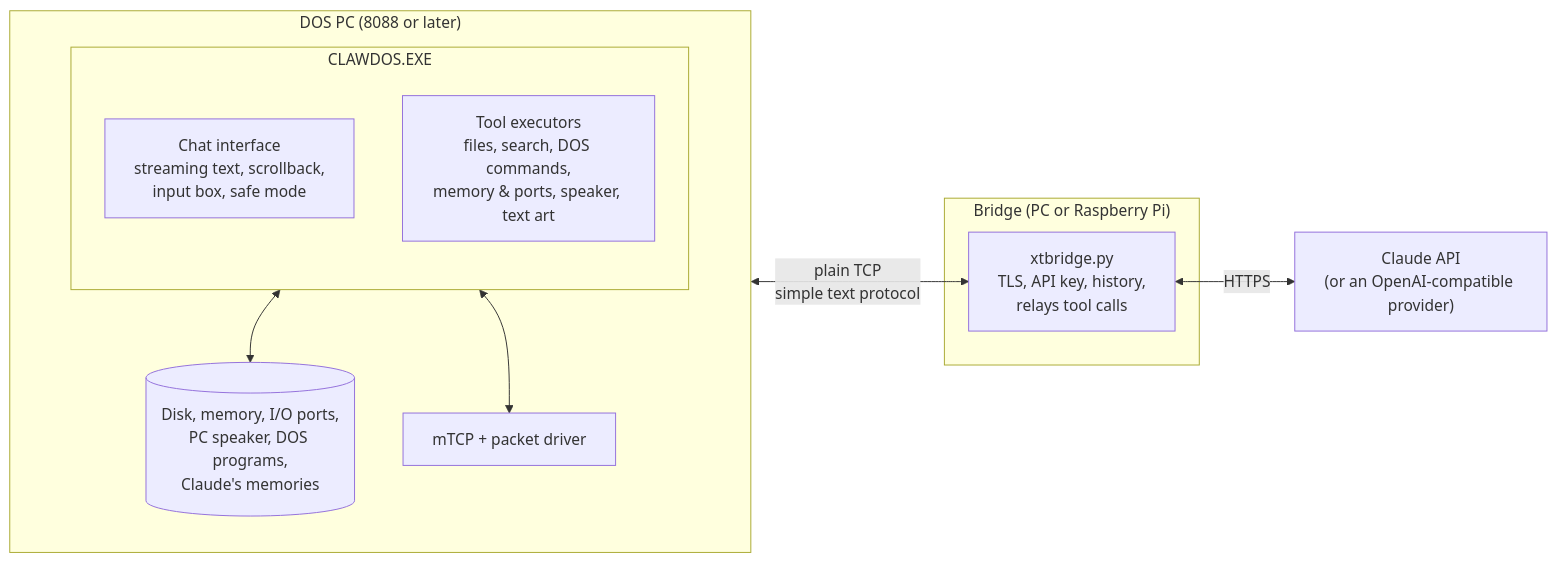
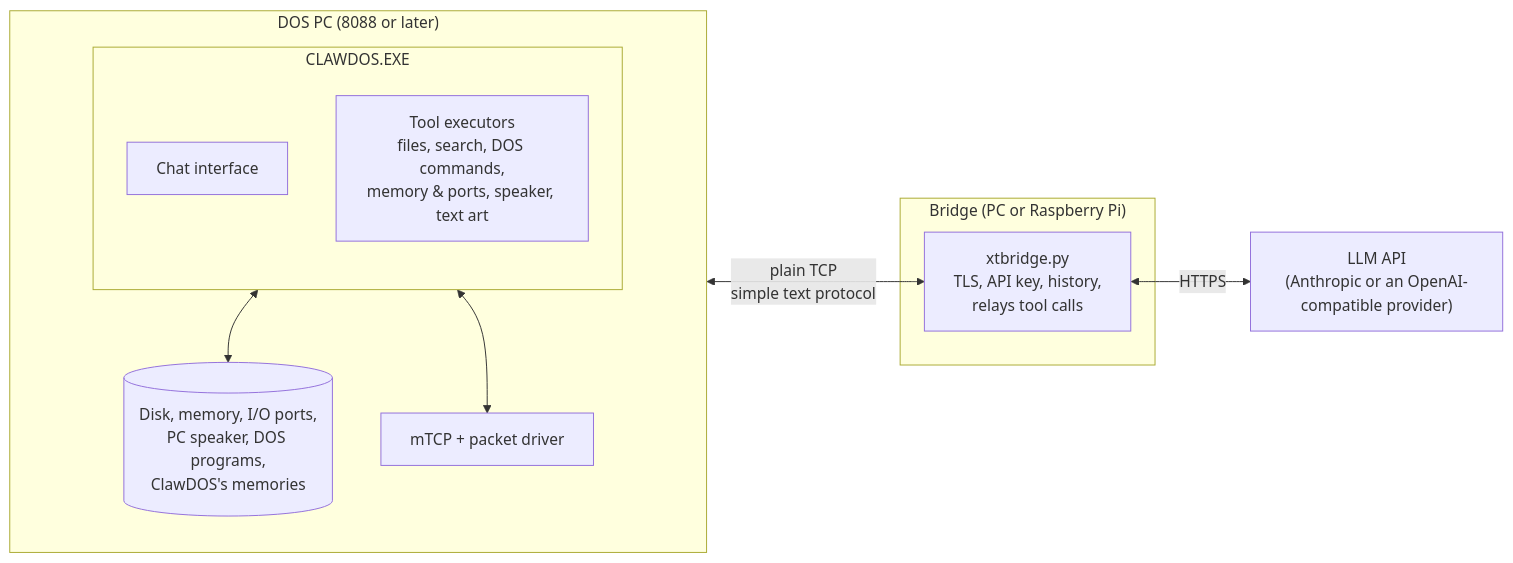
The diagram in README.md (Ricapar/ClawDOS), drawn with Mermaid before and after one commit. The commit also changed other lines of this file, not shown here.

````diff
--- a/README.md
+++ b/README.md
@@ -84,24 +81,24 @@
 ```mermaid
 flowchart LR
     subgraph DOS["DOS PC (8088 or later)"]
         direction TB
         subgraph APP["CLAWDOS.EXE"]
             direction TB
-            UI["Chat interface<br/>streaming text, scrollback,<br/>input box, safe mode"]
+            UI["Chat interface"]
             TOOLS["Tool executors<br/>files, search, DOS commands,<br/>memory &amp; ports, speaker, text art"]
         end
-        SYS[("Disk, memory, I/O ports,<br/>PC speaker, DOS programs,<br/>Claude's memories")]
+        SYS[("Disk, memory, I/O ports,<br/>PC speaker, DOS programs,<br/>ClawDOS's memories")]
         NET["mTCP + packet driver"]
         TOOLS <--> SYS
         APP <--> NET
     end
 
     subgraph SHIM["Bridge (PC or Raspberry Pi)"]
         BRIDGE["xtbridge.py<br/>TLS, API key, history,<br/>relays tool calls"]
     end
 
-    API["Claude API<br/>(or an OpenAI-compatible provider)"]
+    API["LLM API<br/>(Anthropic or an OpenAI-compatible provider)"]
 
     NET <-->|"plain TCP<br/>simple text protocol"| BRIDGE
     BRIDGE <-->|"HTTPS"| API
 ```
````
